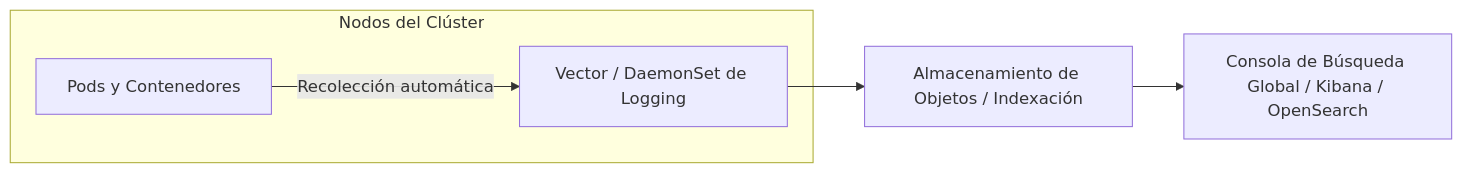
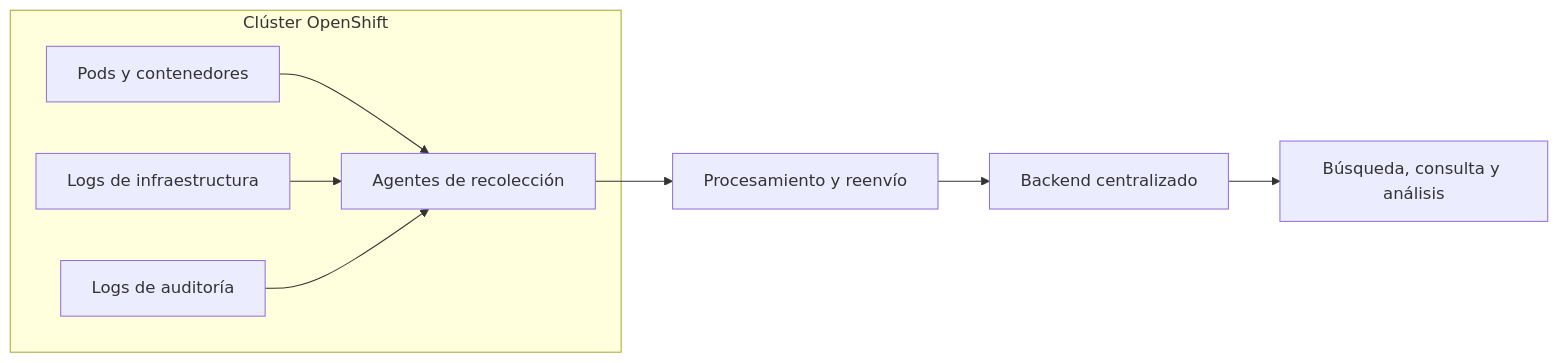
Before and after one commit to ieftraining/curso-openshift: the third of 4 diagrams in docs/sesion3/3.4 Logs.md, drawn with Mermaid. The commit also changed other lines of this file, not shown here.

````diff
--- a/docs/sesion3/3.4 Logs.md
+++ b/docs/sesion3/3.4 Logs.md
@@ -91,9 +181,12 @@
 ```mermaid
 flowchart LR
-    subgraph Nodos del Clúster
-        A[Pods y Contenedores] -->|Recolección automática| B[Vector / DaemonSet de Logging]
+    subgraph Cluster[Clúster OpenShift]
+        A[Pods y contenedores] --> B[Agentes de recolección]
+        C[Logs de infraestructura] --> B
+        D[Logs de auditoría] --> B
     end
 
-    B --> C[Almacenamiento de Objetos / Indexación]
-    C --> D[Consola de Búsqueda Global / Kibana / OpenSearch]
+    B --> E[Procesamiento y reenvío]
+    E --> F[Backend centralizado]
+    F --> G[Búsqueda, consulta y análisis]
 ```
````
